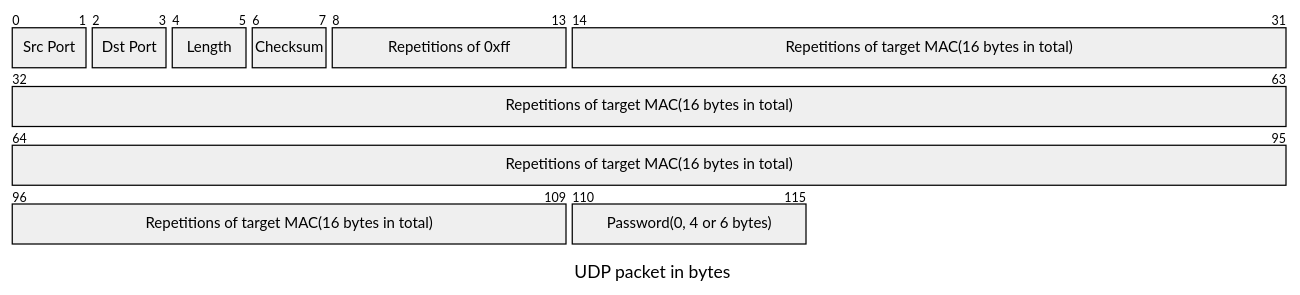
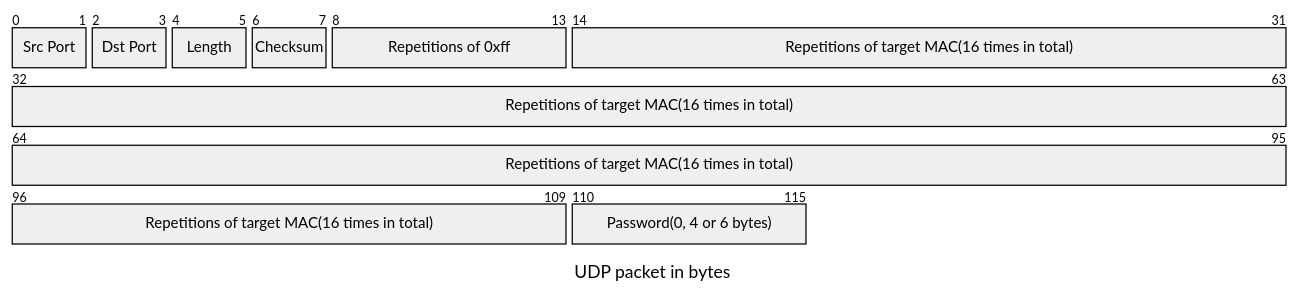
One commit to sonic-net/SONiC changed the second of 2 diagrams in doc/wol/Wake-on-LAN-HLD.md. Above: the diagram before and after it, drawn with Mermaid. The commit also changed other lines of this file, not shown here.

````diff
--- a/doc/wol/Wake-on-LAN-HLD.md
+++ b/doc/wol/Wake-on-LAN-HLD.md
@@ -102,13 +102,13 @@
 ```mermaid
 ---
 title: UDP packet in bytes
 ---
 packet-beta
 0-1: "Src Port"
 2-3: "Dst Port"
 4-5: "Length"
 6-7: "Checksum"
 8-13: "Repetitions of 0xff"
-14-109: "Repetitions of target MAC(16 bytes in total)"
+14-109: "Repetitions of target MAC(16 times in total)"
 110-115: "Password(0, 4 or 6 bytes)"
 ```
````
